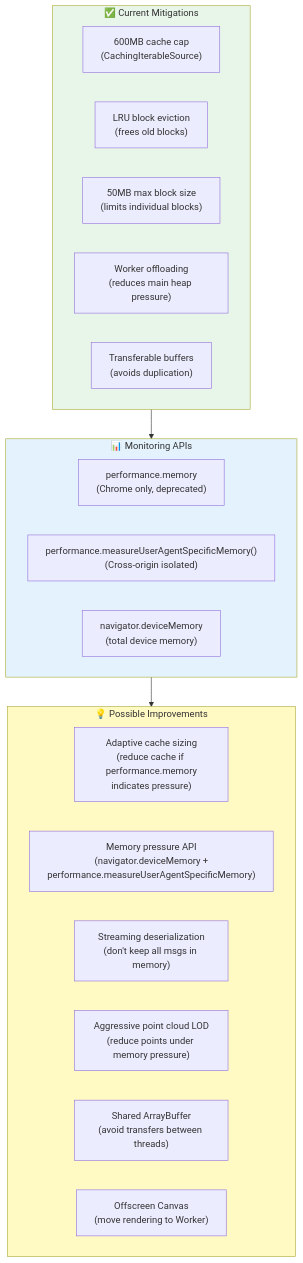
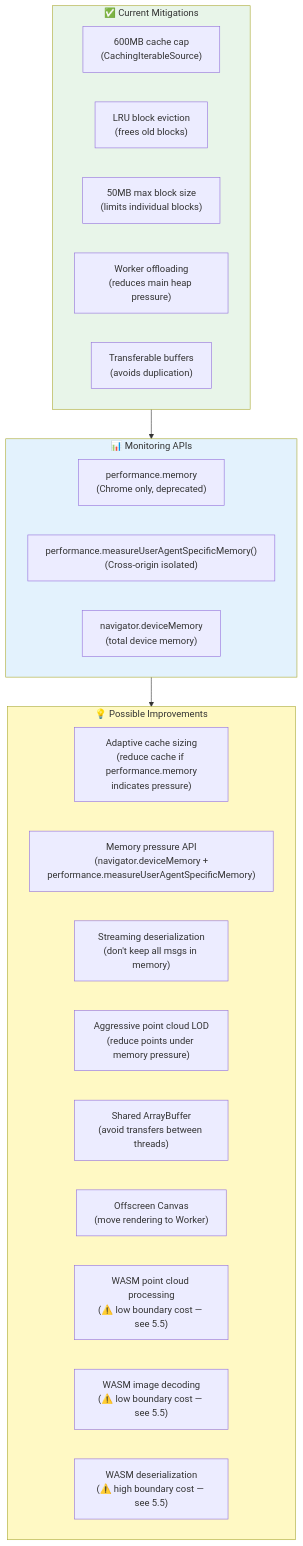
Diagram 12 of 25 in docs/performance/README.md (GitHub-ZuoWei/lichtblick), drawn with Mermaid before and after one commit. The commit also changed other lines of this file, not shown here.

Commit message:
feat: integrate WebAssembly modules for point cloud processing and image decoding in performance documentation

````diff
--- a/docs/performance/README.md
+++ b/docs/performance/README.md
@@ -644,32 +644,35 @@
 ```mermaid
 flowchart TB
     subgraph Current["✅ Current Mitigations"]
         M1["600MB cache cap<br/>(CachingIterableSource)"]
         M2["LRU block eviction<br/>(frees old blocks)"]
         M3["50MB max block size<br/>(limits individual blocks)"]
         M4["Worker offloading<br/>(reduces main heap pressure)"]
         M5["Transferable buffers<br/>(avoids duplication)"]
     end
 
     subgraph Possible["💡 Possible Improvements"]
         P1["Adaptive cache sizing<br/>(reduce cache if performance.memory<br/>indicates pressure)"]
         P2["Memory pressure API<br/>(navigator.deviceMemory +<br/>performance.measureUserAgentSpecificMemory)"]
         P3["Streaming deserialization<br/>(don't keep all msgs in memory)"]
         P4["Aggressive point cloud LOD<br/>(reduce points under memory pressure)"]
         P5["Shared ArrayBuffer<br/>(avoid transfers between threads)"]
         P6["Offscreen Canvas<br/>(move rendering to Worker)"]
+        P7["WASM point cloud processing<br/>(⚠️ low boundary cost — see 5.5)"]
+        P8["WASM image decoding<br/>(⚠️ low boundary cost — see 5.5)"]
+        P9["WASM deserialization<br/>(⚠️ high boundary cost — see 5.5)"]
     end
 
     subgraph Monitor["📊 Monitoring APIs"]
         API1["performance.memory<br/>(Chrome only, deprecated)"]
         API2["performance.measureUserAgentSpecificMemory()<br/>(Cross-origin isolated)"]
         API3["navigator.deviceMemory<br/>(total device memory)"]
     end
 
     Current --> Monitor
     Monitor --> Possible
 
     style Current fill:#e8f5e9
     style Possible fill:#fff9c4
     style Monitor fill:#e3f2fd
 ```
````
